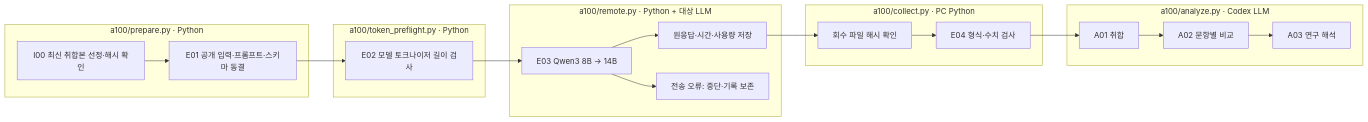
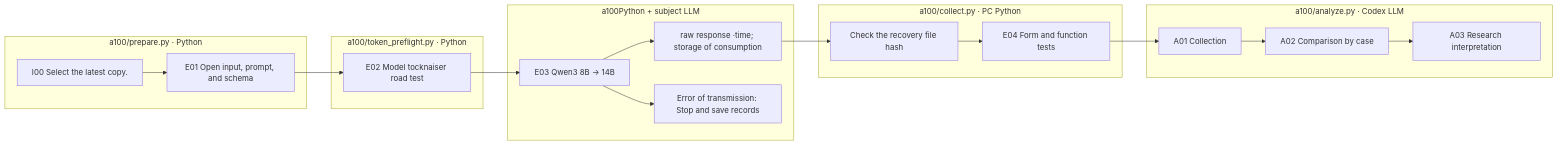
The diagram in src/finarch/experiments/templates/a100-readme-template.md (pnu-clink/finject), drawn with Mermaid before and after one commit. The commit also changed other lines of this file and 644 other files, not shown here.

````diff
--- a/src/finarch/experiments/templates/a100-readme-template.md
+++ b/src/finarch/experiments/templates/a100-readme-template.md
@@ -24,20 +24,20 @@
 ```mermaid
 flowchart LR
  subgraph P["a100/prepare.py · Python"]
- I["I00 최신 취합본 선정·해시 확인"] --> F["E01 공개 입력·프롬프트·스키마 동결"]
+ I["I00 Select the latest copy."] --> F["E01 Open input, prompt, and schema"]
  end
  subgraph T["a100/token_preflight.py · Python"]
- F --> L["E02 모델 토크나이저 길이 검사"]
+ F --> L["E02 Model tocknaiser road test"]
  end
- subgraph R["a100/remote.py · Python + 대상 LLM"]
+ subgraph R["a100Python + subject LLM"]
  L --> E["E03 Qwen3 8B → 14B"]
- E --> O["원응답·시간·사용량 저장"]
- E --> X["전송 오류: 중단·기록 보존"]
+ E --> O["raw response ·time; storage of consumption"]
+ E --> X["Error of transmission: Stop and save records"]
  end
  subgraph C["a100/collect.py · PC Python"]
- O --> H["회수 파일 해시 확인"] --> V["E04 형식·수치 검사"]
+ O --> H["Check the recovery file hash"] --> V["E04 Form and function tests"]
  end
  subgraph A["a100/analyze.py · Codex LLM"]
- V --> A1["A01 취합"] --> A2["A02 문항별 비교"] --> A3["A03 연구 해석"]
+ V --> A1["A01 Collection"] --> A2["A02 Comparison by case"] --> A3["A03 Research interpretation"]
  end
 ```
````
